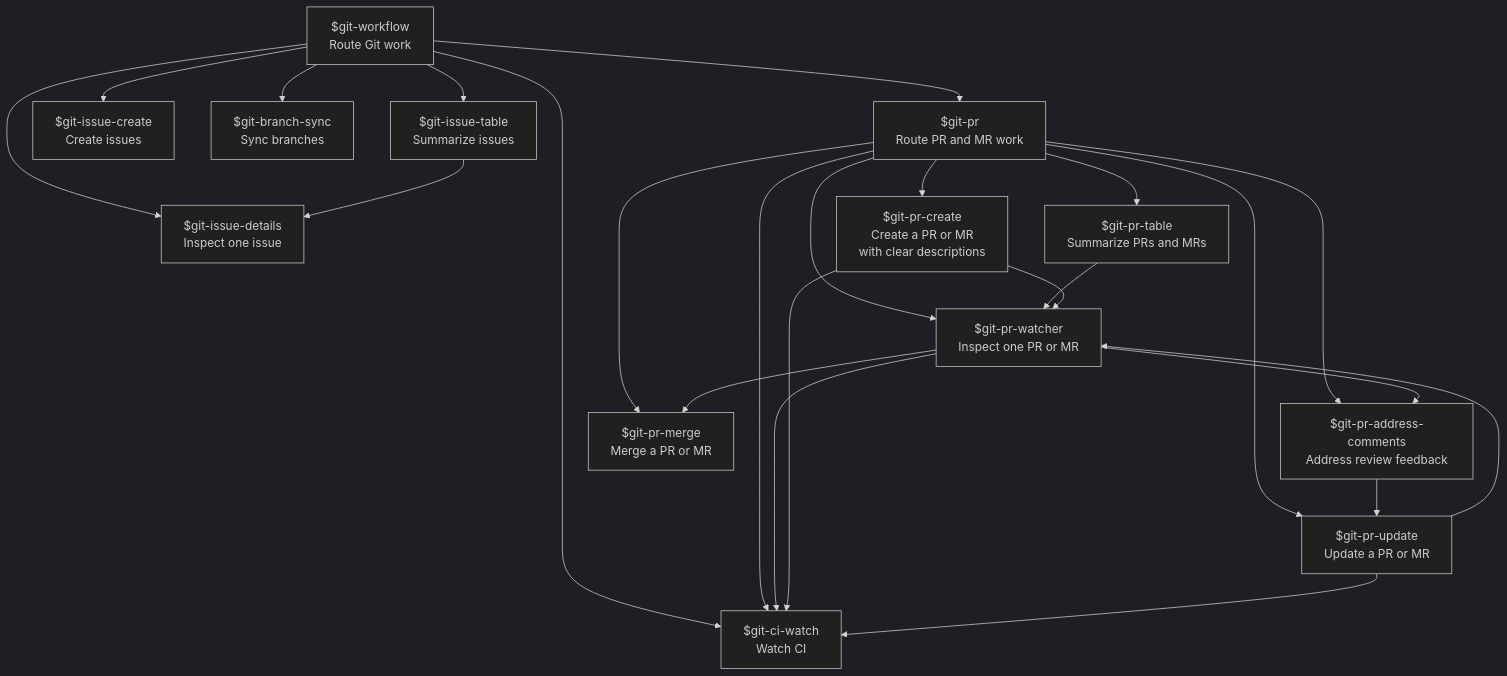
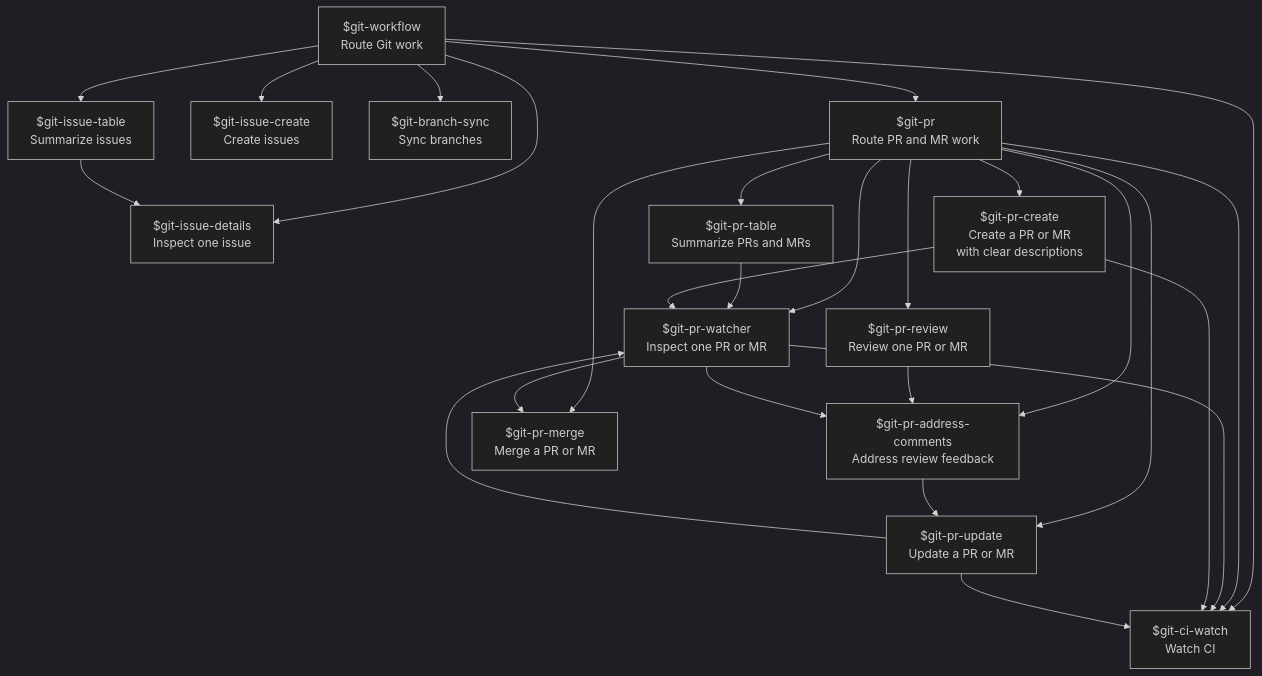
One commit to jeeftor/gitSkills changed the diagram in agent-matrix.md. Above: the diagram before and after it, drawn with Mermaid (dark theme). The commit also changed other lines of this file and 8 other files, not shown here.

````diff
--- a/agent-matrix.md
+++ b/agent-matrix.md
@@ -3,40 +3,43 @@
 ```mermaid
 flowchart TD
     WORKFLOW["$git-workflow<br/>Route Git work"]
     ISSUE_TABLE["$git-issue-table<br/>Summarize issues"]
     ISSUE_DETAILS["$git-issue-details<br/>Inspect one issue"]
     ISSUE_CREATE["$git-issue-create<br/>Create issues"]
     BRANCH_SYNC["$git-branch-sync<br/>Sync branches"]
     PR["$git-pr<br/>Route PR and MR work"]
     PR_TABLE["$git-pr-table<br/>Summarize PRs and MRs"]
     PR_WATCHER["$git-pr-watcher<br/>Inspect one PR or MR"]
+    PR_REVIEW["$git-pr-review<br/>Review one PR or MR"]
     PR_ADDRESS["$git-pr-address-comments<br/>Address review feedback"]
     CI_WATCH["$git-ci-watch<br/>Watch CI"]
     PR_CREATE["$git-pr-create<br/>Create a PR or MR<br/>with clear descriptions"]
     PR_UPDATE["$git-pr-update<br/>Update a PR or MR"]
     PR_MERGE["$git-pr-merge<br/>Merge a PR or MR"]
 
     WORKFLOW --> ISSUE_TABLE
     WORKFLOW --> ISSUE_DETAILS
     WORKFLOW --> ISSUE_CREATE
     WORKFLOW --> BRANCH_SYNC
     WORKFLOW --> PR
     WORKFLOW --> CI_WATCH
     ISSUE_TABLE --> ISSUE_DETAILS
     PR --> PR_TABLE
     PR --> PR_WATCHER
+    PR --> PR_REVIEW
     PR --> PR_ADDRESS
     PR --> CI_WATCH
     PR --> PR_CREATE
     PR --> PR_UPDATE
     PR --> PR_MERGE
     PR_TABLE --> PR_WATCHER
+    PR_REVIEW --> PR_ADDRESS
     PR_WATCHER --> CI_WATCH
     PR_WATCHER --> PR_ADDRESS
     PR_ADDRESS --> PR_UPDATE
     PR_CREATE --> PR_WATCHER
     PR_CREATE --> CI_WATCH
     PR_UPDATE --> CI_WATCH
     PR_UPDATE --> PR_WATCHER
     PR_WATCHER --> PR_MERGE
 ```
````
